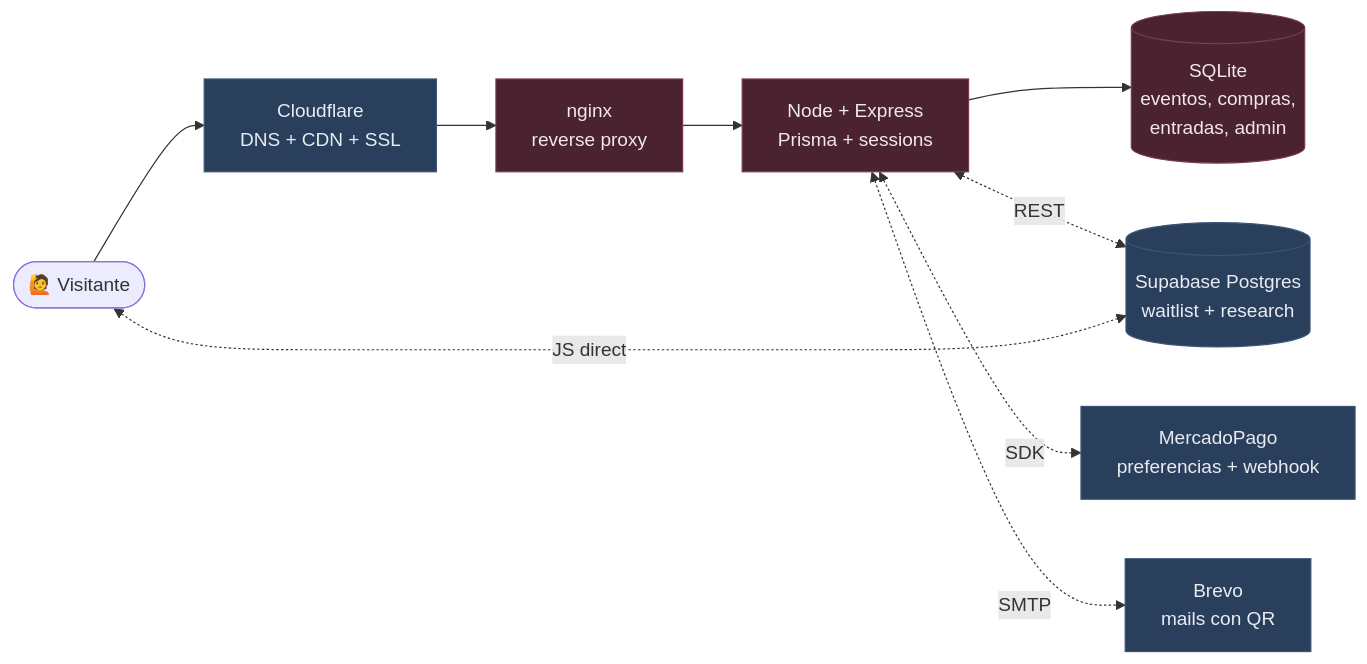
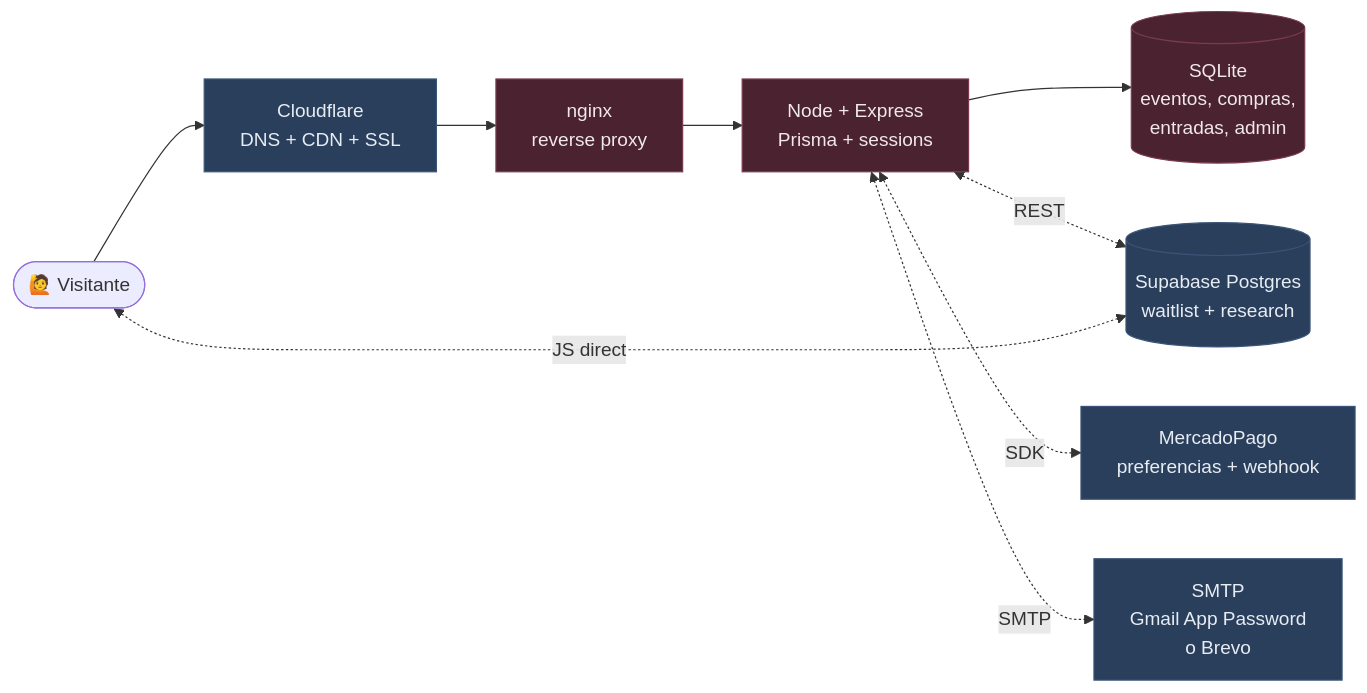
Before and after one commit to martinlleral/sab-landing: the diagram in README.md, drawn with Mermaid. The commit also changed other lines of this file and 1 other file, not shown here.

Commit message:
docs: neutralizar referencias Brevo-específicas en README + docstring en SMTP service
El código usa nodemailer genérico con SMTP_HOST/PORT/USER/PASS vía env,
funciona con Gmail, Brevo, Mailgun, o cualquier SMTP. Pero el README
tenía 2 referencias específicas a "Brevo" (diagrama Mermaid + estructura
del proyecto) que daban mensaje equivocado — parecía Brevo-dependiente.

- README Mermaid: nodo "Brevo" → "SMTP (Gmail App Password o Brevo)"
- README estructura: "integraciones MercadoPago, Brevo, QR" → "MercadoPago, SMTP, QR"
- src/services/brevo.service.js: docstring al tope aclarando que el
  nombre del archivo es legacy y el servicio es SMTP-agnóstico

No se renombra el archivo ni se tocan los imports — ese refactor no
aporta valor real y toca lugares sin necesidad. El docstring documenta
el legacy sin requerir cambios en dos dozen imports.

````diff
--- a/README.md
+++ b/README.md
@@ -66,18 +66,18 @@
 ```mermaid
 flowchart LR
     User([🙋 Visitante]) --> CF[Cloudflare<br/>DNS + CDN + SSL]
     CF --> Nginx[nginx<br/>reverse proxy]
     Nginx --> App[Node + Express<br/>Prisma + sessions]
 
     App --> SQLite[(SQLite<br/>eventos, compras,<br/>entradas, admin)]
     App <-.REST.-> Supabase[(Supabase Postgres<br/>waitlist + research)]
     App <-.SDK.-> MP[MercadoPago<br/>preferencias + webhook]
-    App <-.SMTP.-> Brevo[Brevo<br/>mails con QR]
+    App <-.SMTP.-> Mail[SMTP<br/>Gmail App Password<br/>o Brevo]
 
     User <-.JS directo.-> Supabase
 
     classDef external fill:#2a3f5c,stroke:#3b5477,color:#e8ecf3
     classDef internal fill:#4a2230,stroke:#7a3c4d,color:#f0e8ec
-    class CF,MP,Brevo,Supabase external
+    class CF,MP,Mail,Supabase external
     class Nginx,App,SQLite internal
 ```
````
